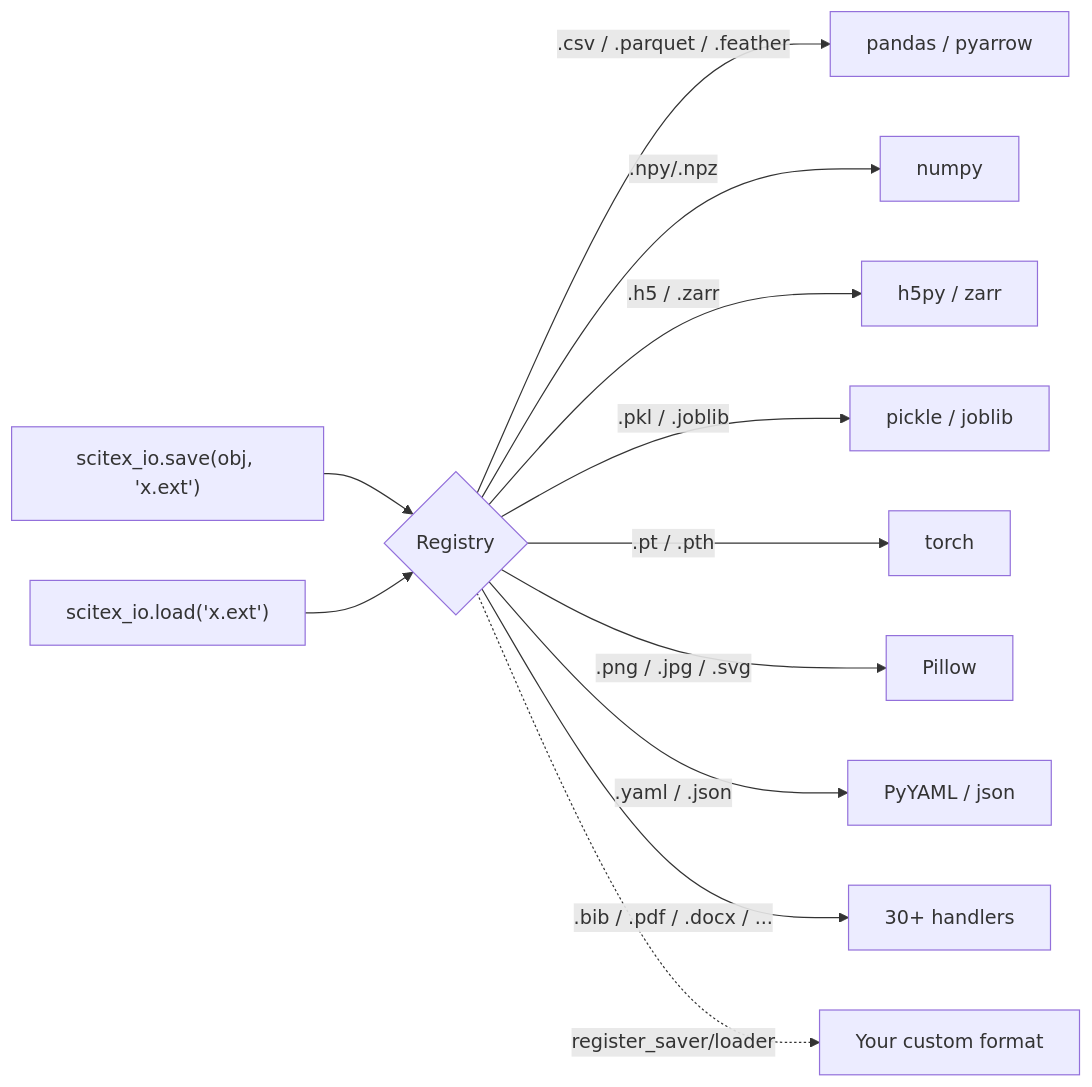
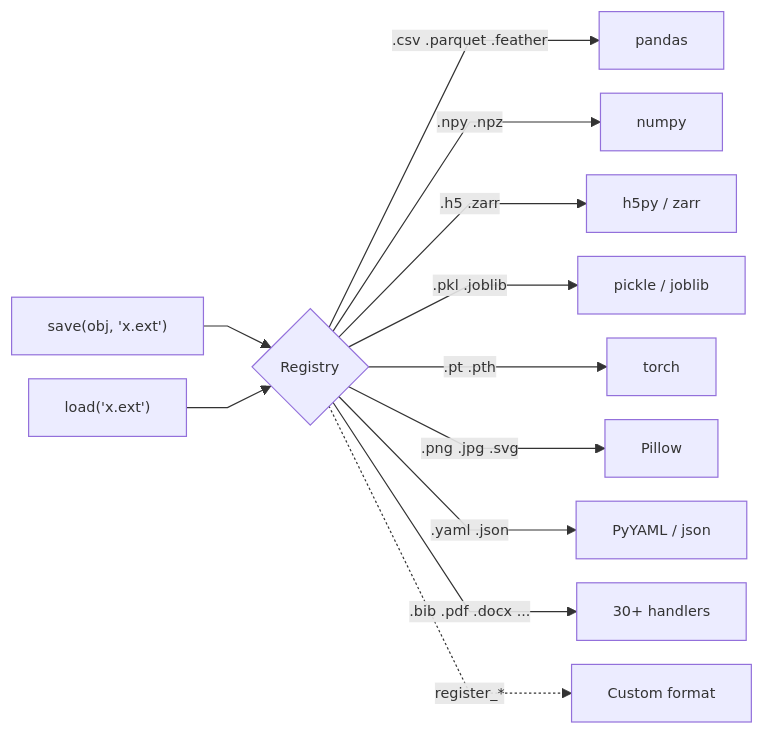
The diagram in README.md (ywatanabe1989/scitex-io), drawn with Mermaid before and after one commit.

Commit message:
docs(readme): shrink §1 routing diagram — tighter init config (nodeSpacing/rankSpacing/fontSize 12px), shorter node labels

````diff
--- a/README.md
+++ b/README.md
@@ -155,14 +155,15 @@
 ```mermaid
+%%{init: {'flowchart': {'nodeSpacing': 20, 'rankSpacing': 40, 'curve': 'linear'}, 'themeVariables': {'fontSize': '12px'}}}%%
 flowchart LR
-    A["scitex_io.save(obj, 'x.ext')"] --> B{Registry}
-    L["scitex_io.load('x.ext')"] --> B
-    B -->|.csv / .parquet / .feather| C[pandas / pyarrow]
-    B -->|.npy/.npz| D[numpy]
-    B -->|.h5 / .zarr| E[h5py / zarr]
-    B -->|.pkl / .joblib| F[pickle / joblib]
-    B -->|.pt / .pth| G[torch]
-    B -->|.png / .jpg / .svg| H[Pillow]
-    B -->|.yaml / .json| I[PyYAML / json]
-    B -->|.bib / .pdf / .docx / ...| J[30+ handlers]
-    B -.->|register_saver/loader| K[Your custom format]
+    A["save(obj, 'x.ext')"] --> B{Registry}
+    L["load('x.ext')"] --> B
+    B -->|.csv .parquet .feather| C[pandas]
+    B -->|.npy .npz| D[numpy]
+    B -->|.h5 .zarr| E[h5py / zarr]
+    B -->|.pkl .joblib| F[pickle / joblib]
+    B -->|.pt .pth| G[torch]
+    B -->|.png .jpg .svg| H[Pillow]
+    B -->|.yaml .json| I[PyYAML / json]
+    B -->|.bib .pdf .docx ...| J[30+ handlers]
+    B -.->|register_*| K[Custom format]
 ```
````
